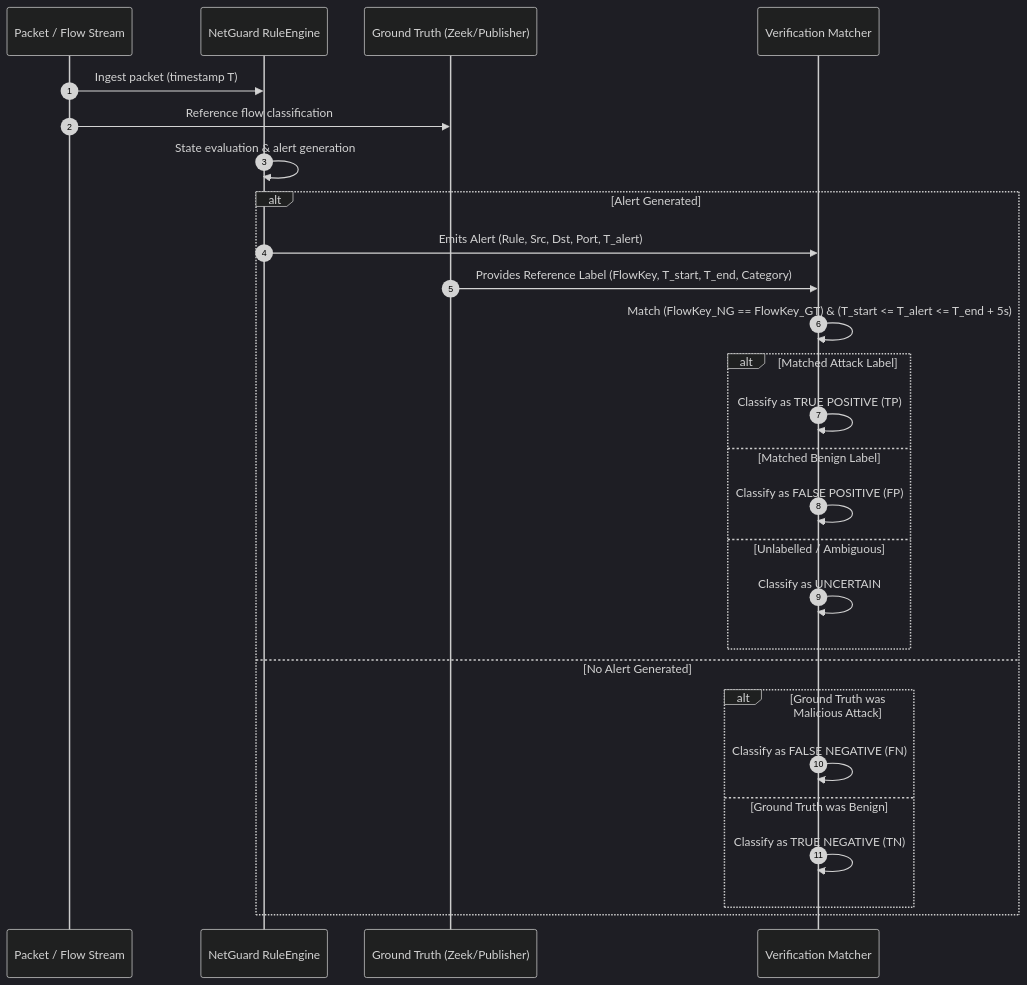
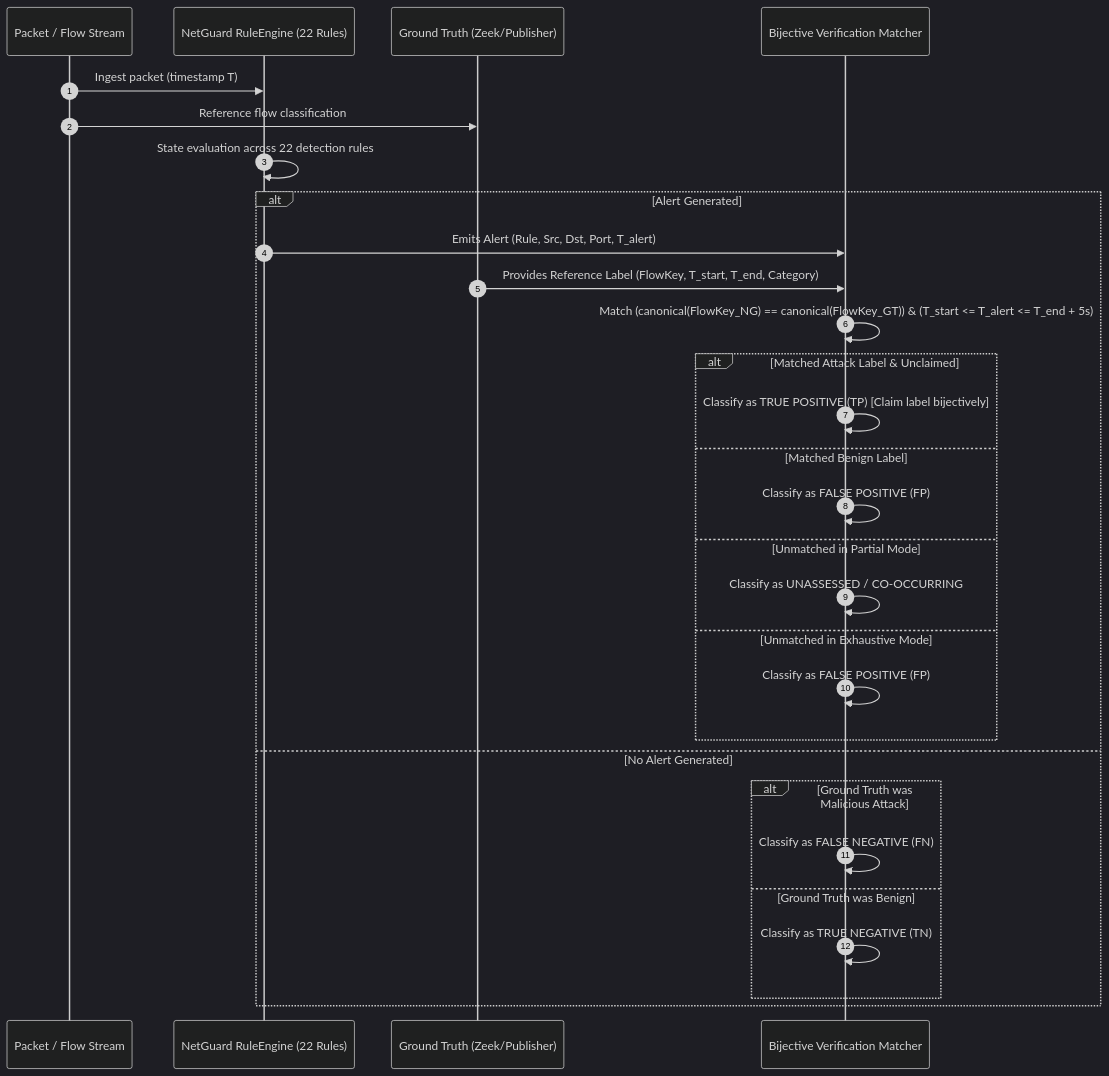
One commit to harshitagrwl1608/Network_Intrusion_Detection_System changed the diagram in docs/evaluation/ground-truth-methodology.md. Above: the diagram before and after it, drawn with Mermaid (dark theme). The commit also changed other lines of this file and 10 other files, not shown here.

````diff
--- a/docs/evaluation/ground-truth-methodology.md
+++ b/docs/evaluation/ground-truth-methodology.md
@@ -93,30 +106,32 @@
 ```mermaid
 sequenceDiagram
     autonumber
     participant P as Packet / Flow Stream
-    participant NG as NetGuard RuleEngine
+    participant NG as NetGuard RuleEngine (22 Rules)
     participant GT as Ground Truth (Zeek/Publisher)
-    participant M as Verification Matcher
+    participant M as Bijective Verification Matcher
 
     P->>NG: Ingest packet (timestamp T)
     P->>GT: Reference flow classification
-    NG->>NG: State evaluation & alert generation
+    NG->>NG: State evaluation across 22 detection rules
     alt Alert Generated
         NG->>M: Emits Alert (Rule, Src, Dst, Port, T_alert)
         GT->>M: Provides Reference Label (FlowKey, T_start, T_end, Category)
-        M->>M: Match (FlowKey_NG == FlowKey_GT) & (T_start <= T_alert <= T_end + 5s)
-        alt Matched Attack Label
-            M->>M: Classify as TRUE POSITIVE (TP)
+        M->>M: Match (canonical(FlowKey_NG) == canonical(FlowKey_GT)) & (T_start <= T_alert <= T_end + 5s)
+        alt Matched Attack Label & Unclaimed
+            M->>M: Classify as TRUE POSITIVE (TP) [Claim label bijectively]
         else Matched Benign Label
             M->>M: Classify as FALSE POSITIVE (FP)
-        else Unlabelled / Ambiguous
-            M->>M: Classify as UNCERTAIN
+        else Unmatched in Partial Mode
+            M->>M: Classify as UNASSESSED / CO-OCCURRING
+        else Unmatched in Exhaustive Mode
+            M->>M: Classify as FALSE POSITIVE (FP)
         end
     else No Alert Generated
         alt Ground Truth was Malicious Attack
             M->>M: Classify as FALSE NEGATIVE (FN)
         else Ground Truth was Benign
             M->>M: Classify as TRUE NEGATIVE (TN)
         end
     end
 ```
````
